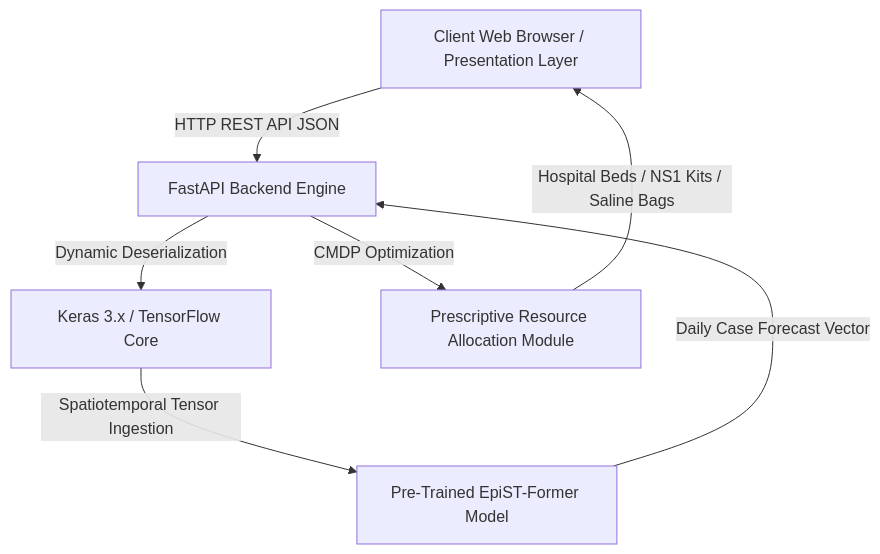
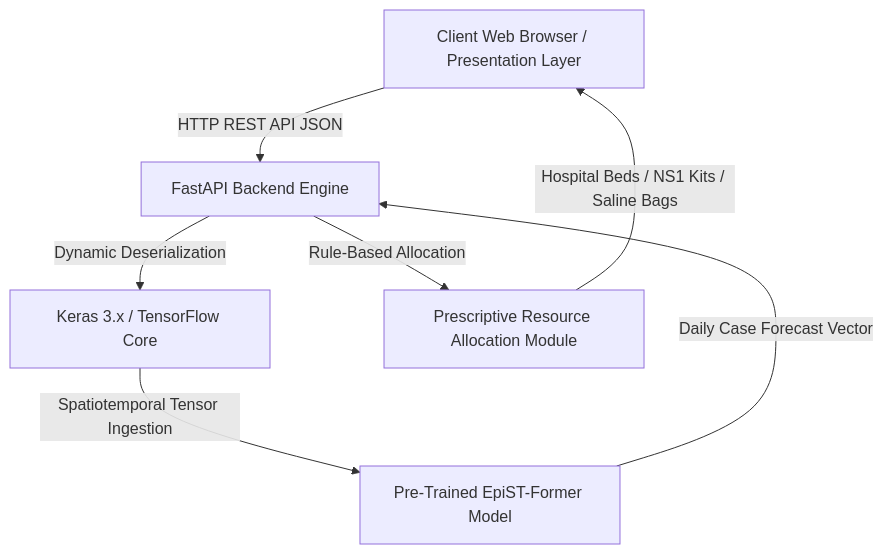
The diagram in README.md (Mosharrof8097/Dengu-forcasting), drawn with Mermaid before and after one commit. The commit also changed other lines of this file and 16 other files, not shown here.

Commit message:
Finalize figure relabeling (Rule-Based), SUS reverse scoring radar plot, 11-district standardization, and rebuild SoftwareX manuscript

````diff
--- a/README.md
+++ b/README.md
@@ -41,9 +41,9 @@
 ```mermaid
 graph TD
     A[Client Web Browser / Presentation Layer] -->|HTTP REST API JSON| B[FastAPI Backend Engine]
     B -->|Dynamic Deserialization| C[Keras 3.x / TensorFlow Core]
     C -->|Spatiotemporal Tensor Ingestion| D[Pre-Trained EpiST-Former Model]
-    B -->|CMDP Optimization| E[Prescriptive Resource Allocation Module]
+    B -->|Rule-Based Allocation| E[Prescriptive Resource Allocation Module]
     E -->|Hospital Beds / NS1 Kits / Saline Bags| A
     D -->|Daily Case Forecast Vector| B
 ```
````
